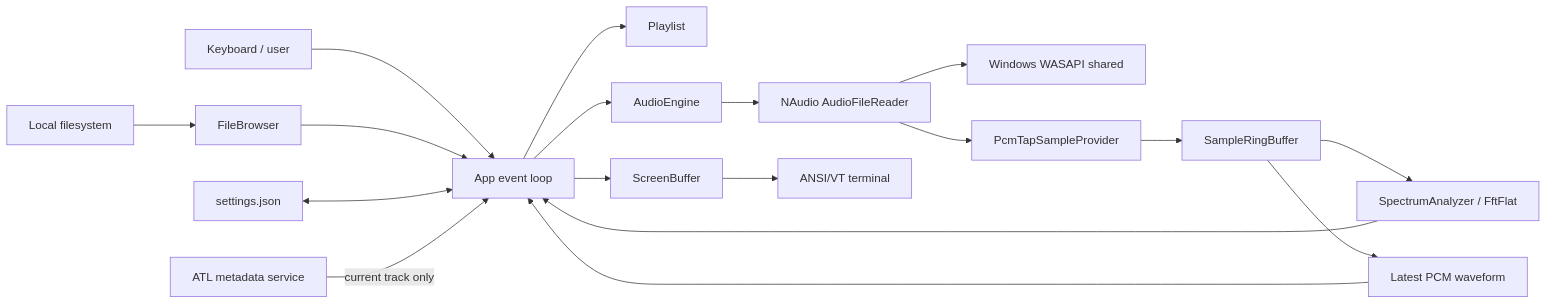
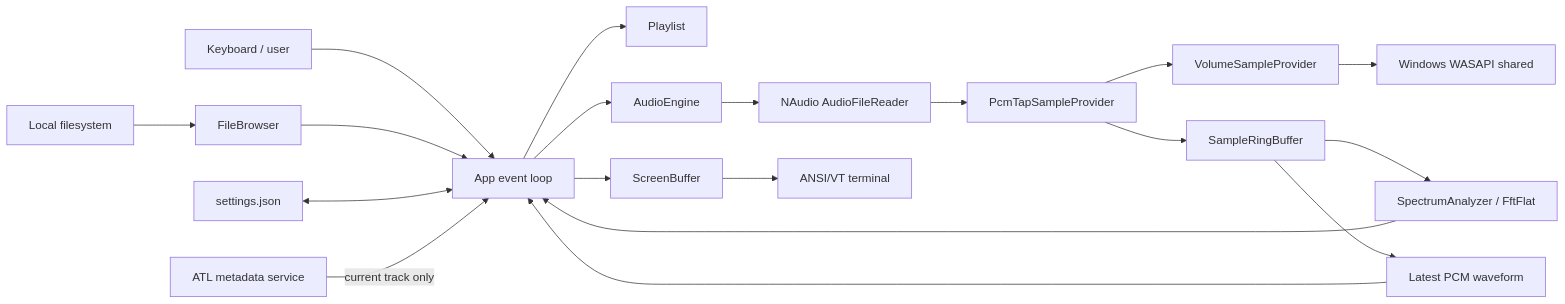
One commit to Geckon01/YACPlayer changed the first of 3 diagrams in docs/ARCHITECTURE.md. Above: the diagram before and after it, drawn with Mermaid. The commit also changed other lines of this file and 19 other files, not shown here.

````diff
--- a/docs/ARCHITECTURE.md
+++ b/docs/ARCHITECTURE.md
@@ -23,20 +23,21 @@
 ```mermaid
 flowchart LR
     User["Keyboard / user"] --> App["App event loop"]
     FS["Local filesystem"] --> Browser["FileBrowser"]
     Browser --> App
     App --> Playlist["Playlist"]
     App --> Audio["AudioEngine"]
     Audio --> Reader["NAudio AudioFileReader"]
-    Reader --> WASAPI["Windows WASAPI shared"]
     Reader --> Tap["PcmTapSampleProvider"]
+    Tap --> Volume["VolumeSampleProvider"]
+    Volume --> WASAPI["Windows WASAPI shared"]
     Tap --> Ring["SampleRingBuffer"]
     Ring --> FFT["SpectrumAnalyzer / FftFlat"]
     Ring --> Wave["Latest PCM waveform"]
     FFT --> App
     Wave --> App
     App --> Screen["ScreenBuffer"]
     Screen --> Terminal["ANSI/VT terminal"]
     Settings["settings.json"] <--> App
     ATL["ATL metadata service"] -->|"current track only"| App
 ```
````
